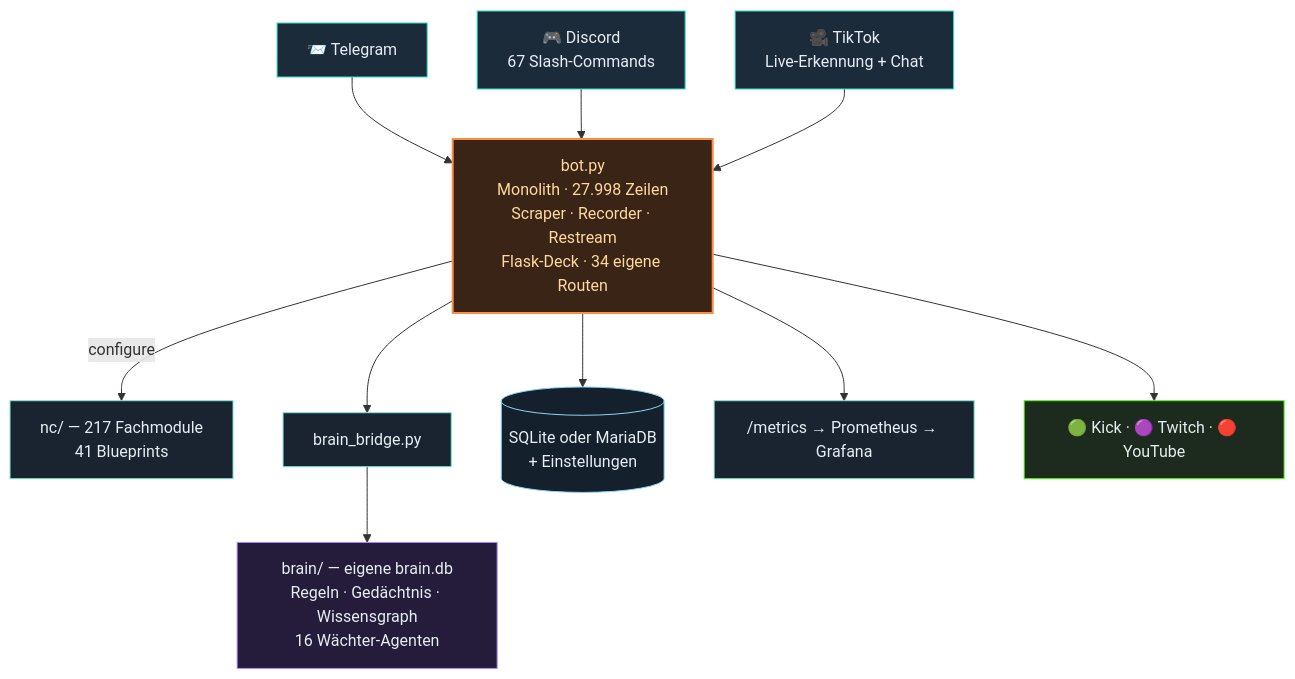
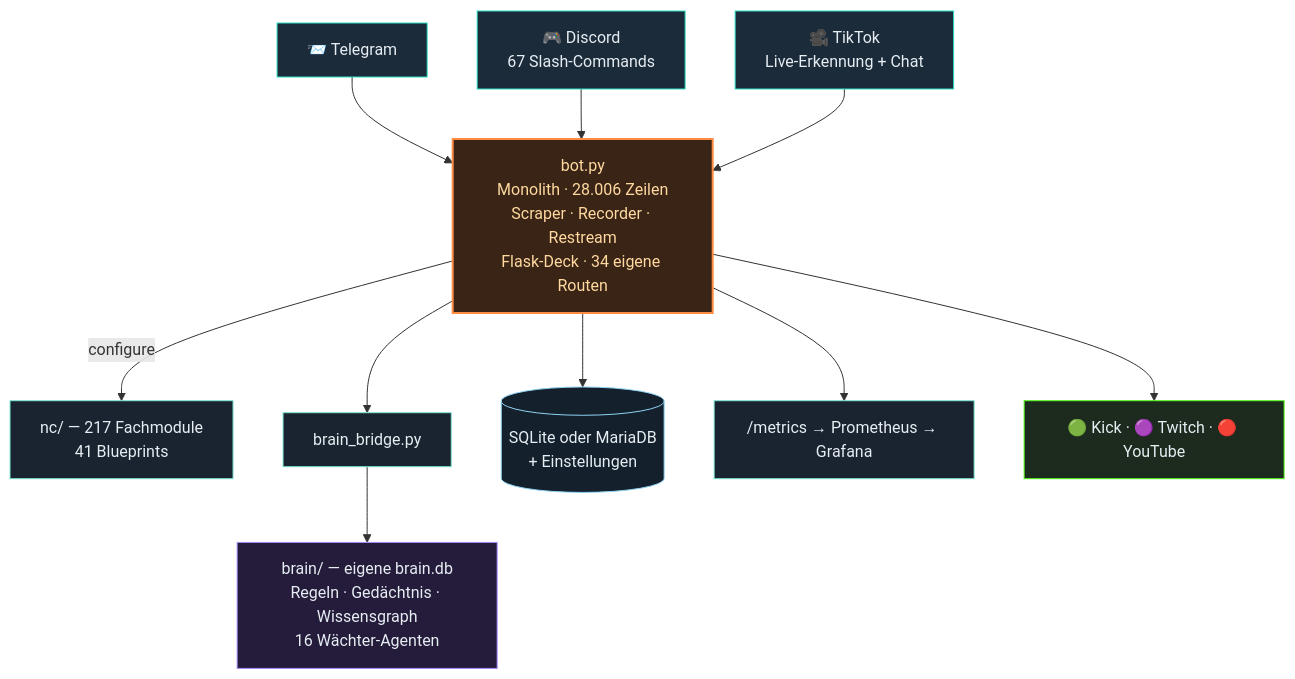
Before and after one commit to itsamemedev/Telegram-Stream-Info-Bot: the second of 3 diagrams in README.md, drawn with Mermaid. The commit also changed other lines of this file and 8 other files, not shown here.

````diff
--- a/README.md
+++ b/README.md
@@ -118,19 +118,19 @@
 ```mermaid
 flowchart TB
     TG["📨 Telegram"]:::ein --> BOT
     DC["🎮 Discord<br/>67 Slash-Commands"]:::ein --> BOT
     TT["🎥 TikTok<br/>Live-Erkennung + Chat"]:::ein --> BOT
-    BOT["bot.py<br/>Monolith · 27.998 Zeilen<br/>Scraper · Recorder · Restream<br/>Flask-Deck · 34 eigene Routen"]:::core
+    BOT["bot.py<br/>Monolith · 28.006 Zeilen<br/>Scraper · Recorder · Restream<br/>Flask-Deck · 34 eigene Routen"]:::core
     BOT -->|configure| NC["nc/ — 217 Fachmodule<br/>41 Blueprints"]:::lib
     BOT --> BR["brain_bridge.py"]:::lib
     BR --> BRAIN["brain/ — eigene brain.db<br/>Regeln · Gedächtnis · Wissensgraph<br/>16 Wächter-Agenten"]:::brain
     BOT --> DB[("SQLite oder MariaDB<br/>+ Einstellungen")]:::db
     BOT --> PROM["/metrics → Prometheus → Grafana"]:::lib
     BOT --> OUT["🟢 Kick · 🟣 Twitch · 🔴 YouTube"]:::out
     classDef ein fill:#1c2b3a,stroke:#2de1c2,color:#e6edf3
     classDef core fill:#3a2415,stroke:#ff8c42,stroke-width:2px,color:#ffd9a0
     classDef lib fill:#1a2430,stroke:#7fe7d4,color:#e6edf3
     classDef brain fill:#241c3a,stroke:#a78bfa,color:#e6edf3
     classDef db fill:#14202c,stroke:#8fd3f4,color:#e6edf3
     classDef out fill:#1c2b1e,stroke:#53fc18,color:#e6edf3
 ```
````
